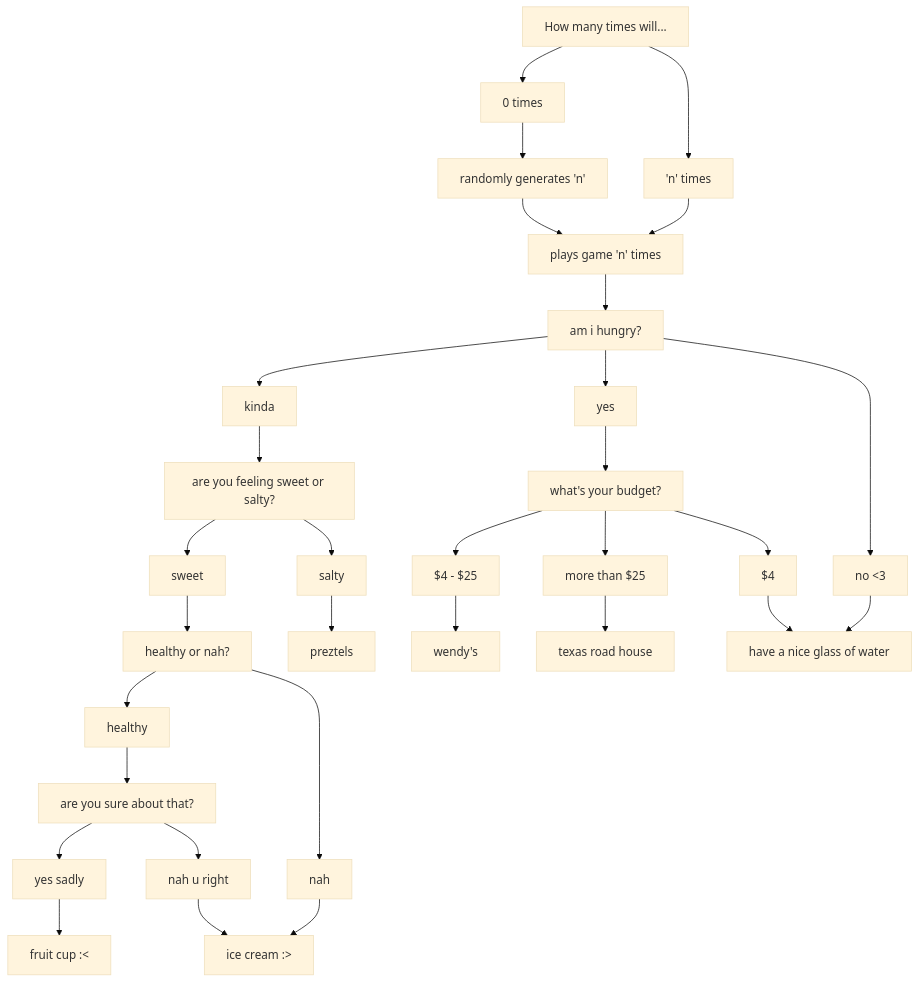
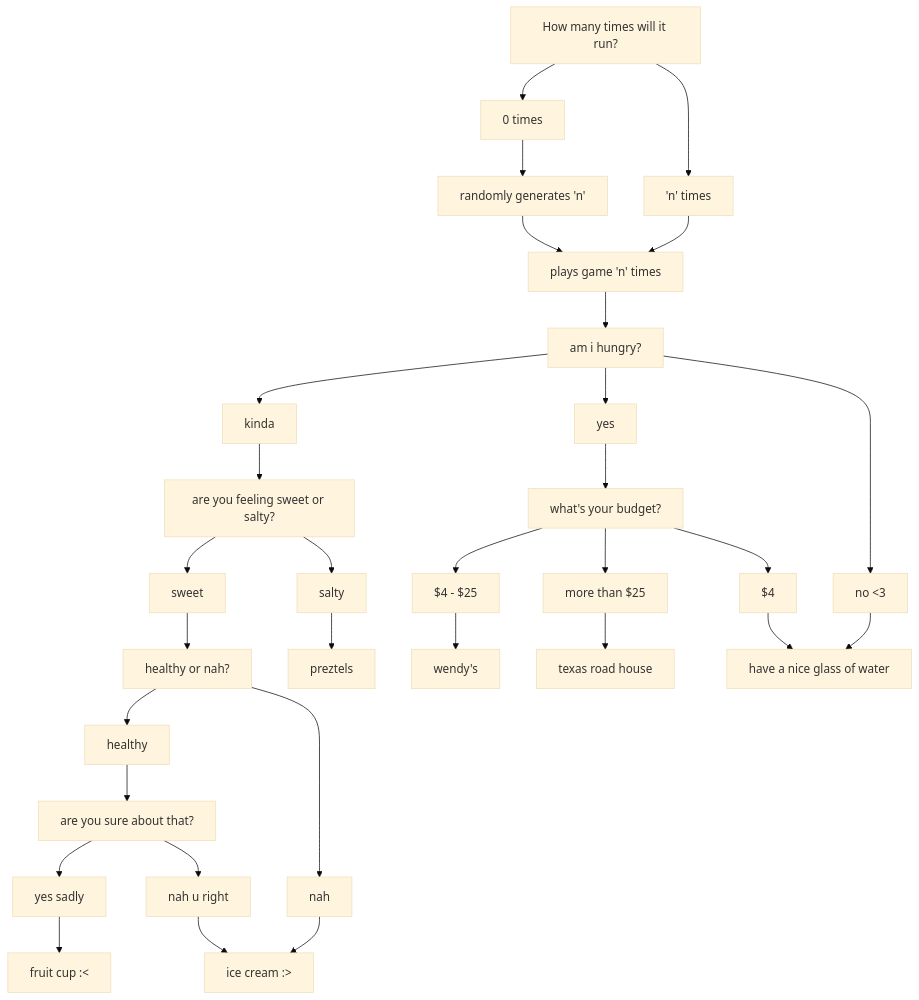
Before and after one commit to n8petersen/byu-cs142: the diagram in README.md, drawn with Mermaid (base theme).

Commit message:
Update file README.md

````diff
--- a/README.md
+++ b/README.md
@@ -1,47 +1,47 @@
 ``` mermaid
 flowchart TD
-A[How many times will...] --> B['n' times];
+A[How many times will it run?] --> B['n' times];
 A --> C[0 times];
 
 C --> D[randomly generates 'n'];
 
 D --> E[plays game 'n' times];
 B --> E
 E --> F
 
 F[am i hungry?] --> G[kinda];
 F --> yes[yes];
 F --> no[no <3];
 
 G --> J[are you feeling sweet or salty?];
 J --> sweet[sweet];
 J --> salty[salty];
 
 sweet --> hq[healthy or nah?];
 hq --> healthy;
 hq --> nah;
 
 healthy --> sure[are you sure about that?];
 sure --> yessadly[yes sadly];
 sure --> nahuright[nah u right];
 
 yessadly --> fruit[fruit cup :<];
 nahuright --> icecream[ice cream :>];
 
 nah --> icecream;
 
 salty --> preztels;
 
 yes --> budget[what's your budget?];
 budget --> cheap[$4];
 budget --> mid[$4 - $25];
 budget --> expensive[more than $25];
 
 mid --> wendy's;
 
 expensive --> texas[texas road house];
 
 cheap --> water[have a nice glass of water];
 
 no --> water
 ```
````
